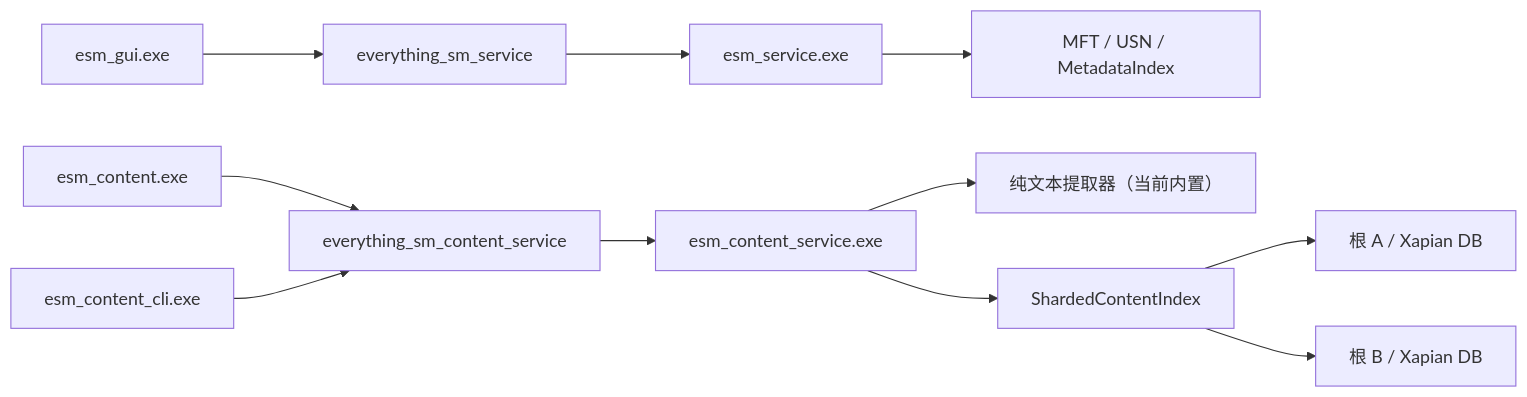
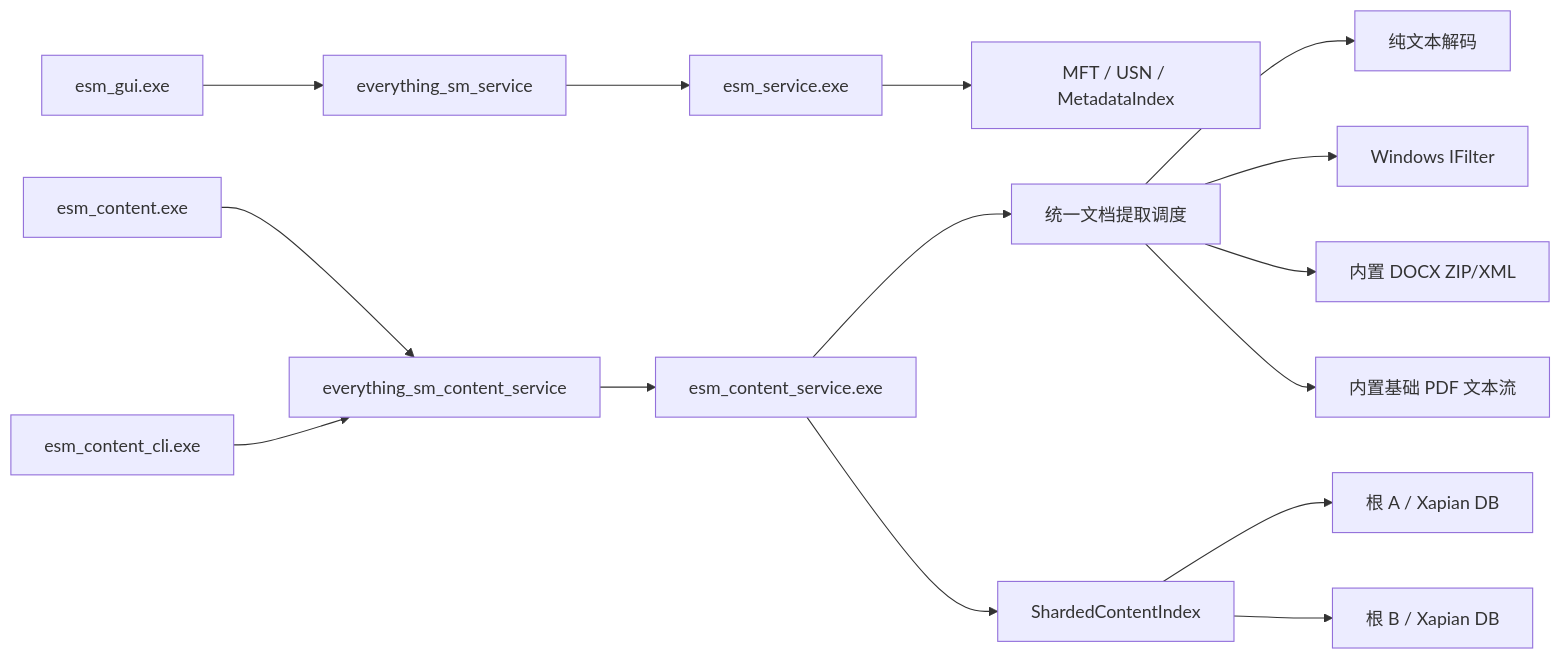
One commit to sunfengsheng/esm changed the diagram in docs/CONTENT_SEARCH.md. Above: the diagram before and after it, drawn with Mermaid. The commit also changed other lines of this file and 39 other files, not shown here.

````diff
--- a/docs/CONTENT_SEARCH.md
+++ b/docs/CONTENT_SEARCH.md
@@ -9,14 +9,18 @@
 ```mermaid
 flowchart LR
     NameGui["esm_gui.exe"] --> NamePipe["everything_sm_service"]
     NamePipe --> NameService["esm_service.exe"]
     NameService --> NameDb["MFT / USN / MetadataIndex"]
 
     ContentGui["esm_content.exe"] --> ContentPipe["everything_sm_content_service"]
     ContentCli["esm_content_cli.exe"] --> ContentPipe
     ContentPipe --> ContentService["esm_content_service.exe"]
-    ContentService --> Extractor["纯文本提取器（当前内置）"]
+    ContentService --> Dispatcher["统一文档提取调度"]
+    Dispatcher --> Plain["纯文本解码"]
+    Dispatcher --> IFilter["Windows IFilter"]
+    Dispatcher --> Docx["内置 DOCX ZIP/XML"]
+    Dispatcher --> Pdf["内置基础 PDF 文本流"]
     ContentService --> Router["ShardedContentIndex"]
     Router --> XapianA["根 A / Xapian DB"]
     Router --> XapianB["根 B / Xapian DB"]
 ```
````
